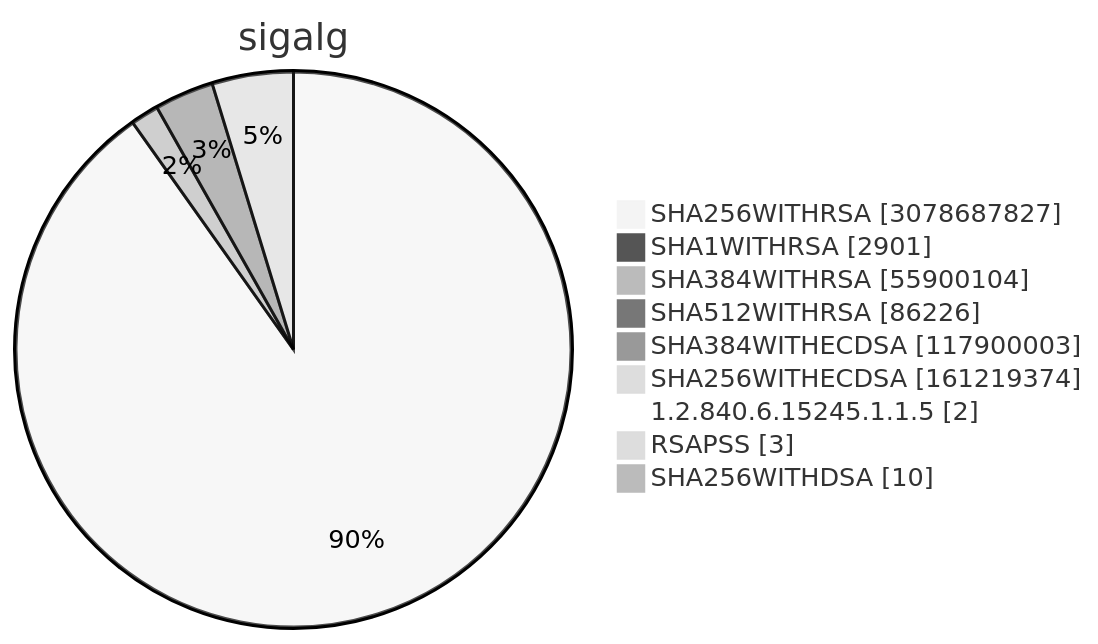
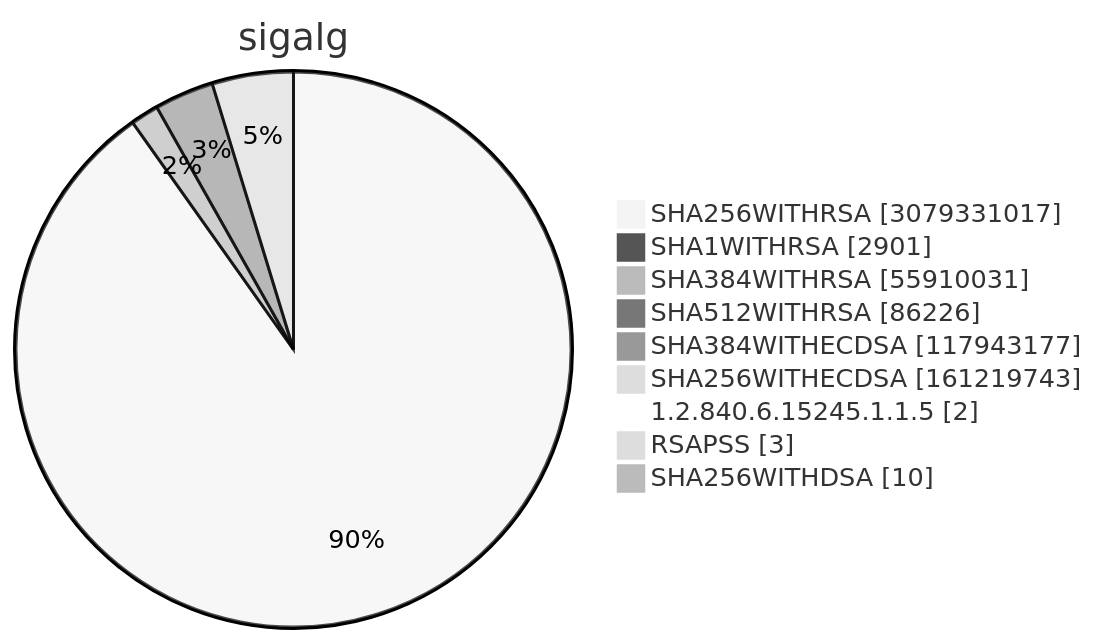
Before and after one commit to christiankrug/ctmonitor_visualization: diagram 15 of 15 in TOTAL/README.md, drawn with Mermaid (neutral theme). The commit also changed other lines of this file, not shown here.

````diff
--- a/TOTAL/README.md
+++ b/TOTAL/README.md
@@ -6209,13 +6209,13 @@
 ```mermaid
 pie showData
 title sigalg
-"SHA256WITHRSA" :3078687827
+"SHA256WITHRSA" :3079331017
 "SHA1WITHRSA" :2901
-"SHA384WITHRSA" :55900104
+"SHA384WITHRSA" :55910031
 "SHA512WITHRSA" :86226
-"SHA384WITHECDSA" :117900003
-"SHA256WITHECDSA" :161219374
+"SHA384WITHECDSA" :117943177
+"SHA256WITHECDSA" :161219743
 "1.2.840.6.15245.1.1.5" :2
 "RSAPSS" :3
 "SHA256WITHDSA" :10
 ```
````
